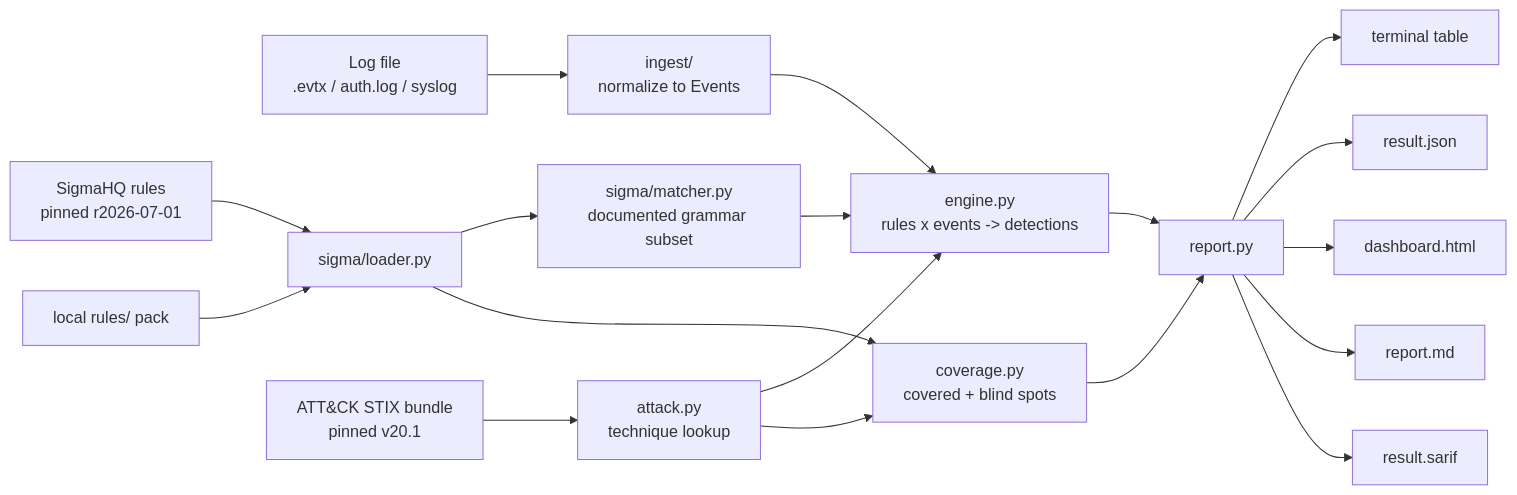
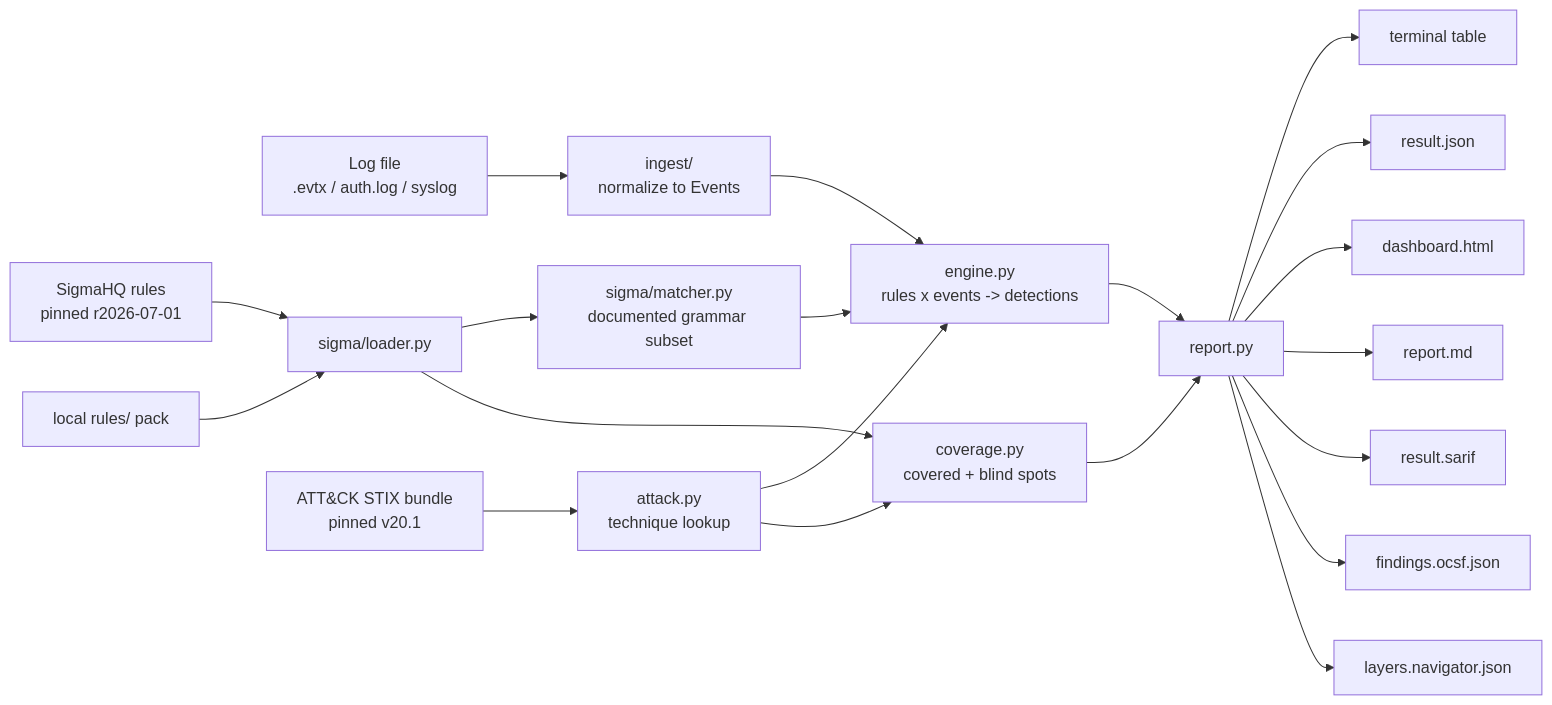
One commit to mthompsen/bastion changed the diagram in README.md. Above: the diagram before and after it, drawn with Mermaid. The commit also changed other lines of this file and 5 other files, not shown here.

````diff
--- a/README.md
+++ b/README.md
@@ -47,20 +47,22 @@
 ```mermaid
 flowchart LR
     LOG[Log file<br/>.evtx / auth.log / syslog] --> ING[ingest/<br/>normalize to Events]
     SR[SigmaHQ rules<br/>pinned r2026-07-01] --> LD[sigma/loader.py]
     LR[local rules/ pack] --> LD
     LD --> MT[sigma/matcher.py<br/>documented grammar subset]
     AT[ATT&CK STIX bundle<br/>pinned v20.1] --> AK[attack.py<br/>technique lookup]
     ING --> EN[engine.py<br/>rules x events -> detections]
     MT --> EN
     AK --> EN
     LD --> CV[coverage.py<br/>covered + blind spots]
     AK --> CV
     EN --> RP[report.py]
     CV --> RP
     RP --> T1[terminal table]
     RP --> T2[result.json]
     RP --> T3[dashboard.html]
     RP --> T4[report.md]
     RP --> T5[result.sarif]
+    RP --> T6[findings.ocsf.json]
+    RP --> T7[layers.navigator.json]
 ```
````
